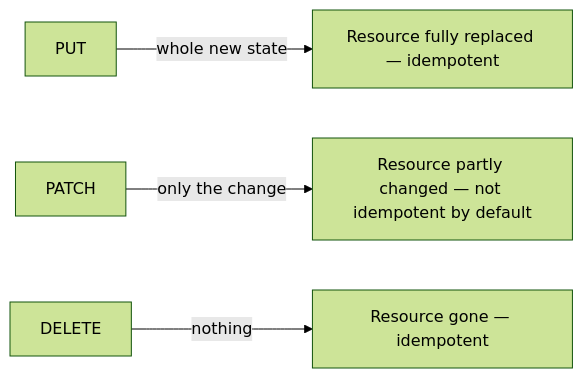
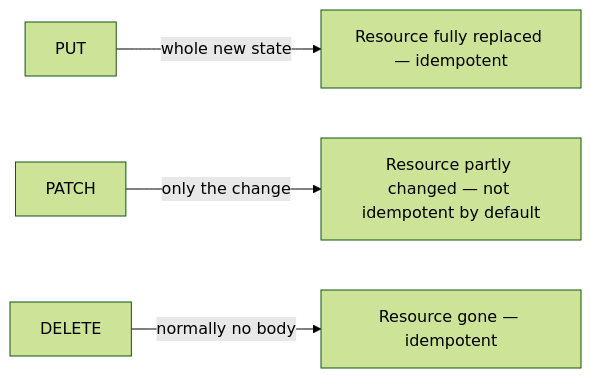
Before and after one commit to duyan11110/lo-trinh-architect: the diagram in content/tracks/backend/rest-api/backend.l1.rest-for-writes.en.md, drawn with Mermaid (forest theme). The commit also changed other lines of this file and 3 other files, not shown here.

````diff
--- a/content/tracks/backend/rest-api/backend.l1.rest-for-writes.en.md
+++ b/content/tracks/backend/rest-api/backend.l1.rest-for-writes.en.md
@@ -39,6 +39,6 @@
 ```mermaid
 flowchart LR
   A[PUT] -->|whole new state| B[Resource fully replaced — idempotent]
   C[PATCH] -->|only the change| D[Resource partly changed — not idempotent by default]
-  E[DELETE] -->|nothing| F[Resource gone — idempotent]
+  E[DELETE] -->|normally no body| F[Resource gone — idempotent]
 ```
````
